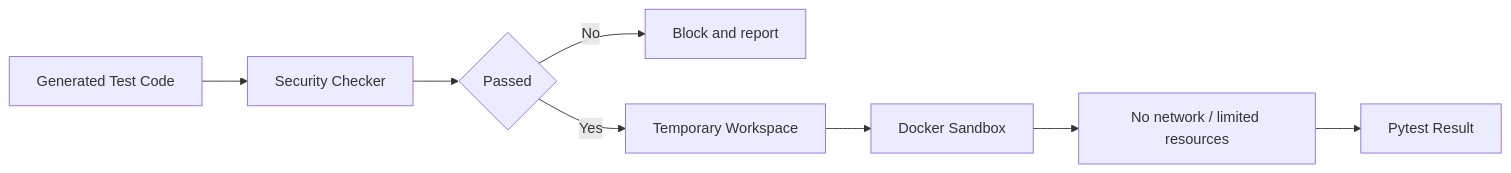
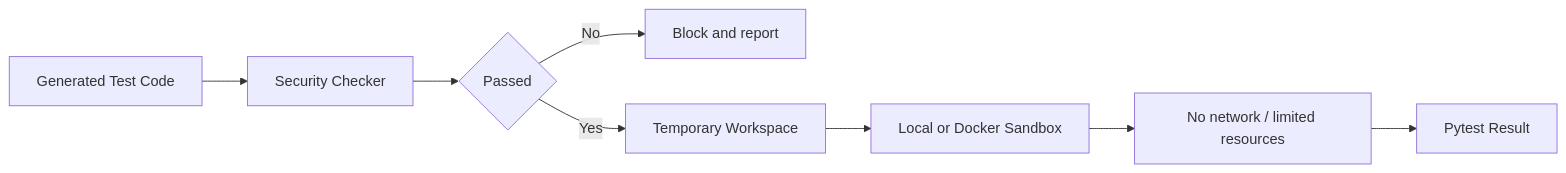
One commit to Isaacsen/cs599-project changed the second of 2 diagrams in docs/architecture.md. Above: the diagram before and after it, drawn with Mermaid. The commit also changed other lines of this file and 30 other files, not shown here.

````diff
--- a/docs/architecture.md
+++ b/docs/architecture.md
@@ -89,10 +96,10 @@
 ```mermaid
 graph LR
     A["Generated Test Code"] --> B["Security Checker"]
     B --> C{"Passed"}
     C -->|No| D["Block and report"]
     C -->|Yes| E["Temporary Workspace"]
-    E --> F["Docker Sandbox"]
+    E --> F["Local or Docker Sandbox"]
     F --> G["No network / limited resources"]
     G --> H["Pytest Result"]
 ```
````
